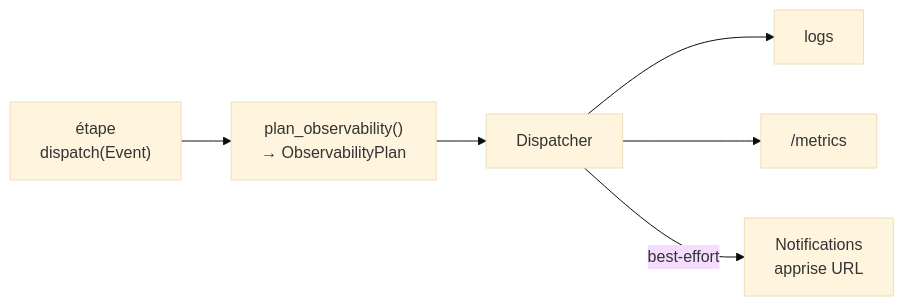
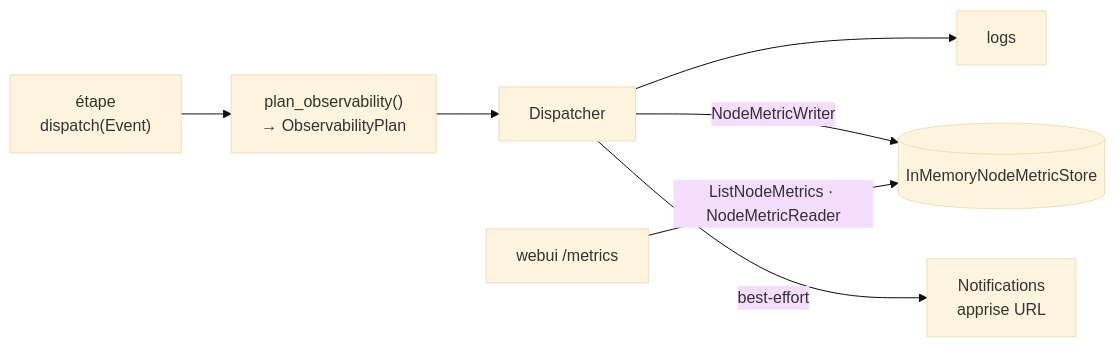
Diagram 12 of 12 in docs/contributing/architecture.md (mission-titar/p2pwatch), drawn with Mermaid (base theme) before and after one commit. The commit also changed other lines of this file and 6 other files, not shown here.

First line of the commit message:
docs: the node metrics on 8080 in the operator and contributor documents

````diff
--- a/docs/contributing/architecture.md
+++ b/docs/contributing/architecture.md
@@ -678,14 +678,16 @@
 ```mermaid
 flowchart LR
   uc["étape<br/>dispatch(Event)"]
   desc["plan_observability()<br/>→ ObservabilityPlan"]
   disp["Dispatcher"]
   log["logs"]
-  prom["/metrics"]
+  store[("InMemoryNodeMetricStore")]
+  prom["webui /metrics"]
   notif["Notifications<br/>apprise URL"]
 
   uc --> desc --> disp
   disp --> log
-  disp --> prom
+  disp -->|NodeMetricWriter| store
+  prom -->|"ListNodeMetrics · NodeMetricReader"| store
   disp -->|best-effort| notif
 ```
````
